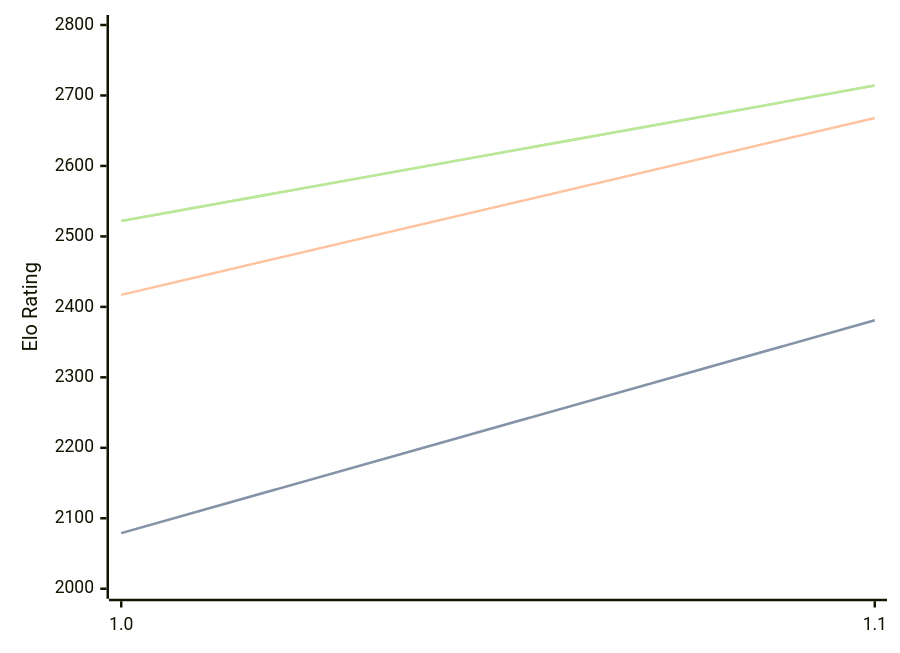
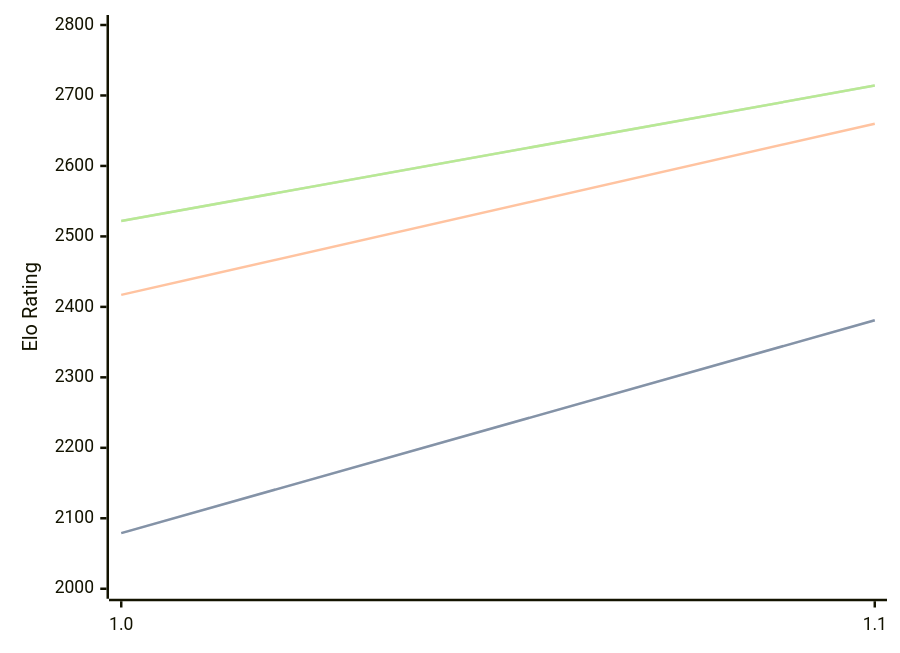
Before and after one commit to computer-chess-index/cci: the diagram in engines/Erinn.md, drawn with Mermaid. The commit also changed other lines of this file, not shown here.

````diff
--- a/engines/Erinn.md
+++ b/engines/Erinn.md
@@ -32,11 +32,11 @@
 ```mermaid
 %%{init: {"theme":"base","themeVariables":{"seriesColors:['#a3a3a3','#222221','#faa371']}}}%%
 xychart-beta
   x-axis ["1.0", "1.1"]
   y-axis "Elo Rating" 2000 --> 2800
   line "STC (8.0+0.08s)" [2079, 2381]
   line "STC (8.0+0.08s)" [2079, 2381]
-  line "LTC (60.0+0.60s)" [2417, 2668]
+  line "LTC (60.0+0.60s)" [2417, 2660]
   line "VLTC (2m24s+1.12s)" [2522, 2714]
   line "VLTC (2m24s+1.12s)" [2522, 2714]
 ```
````
